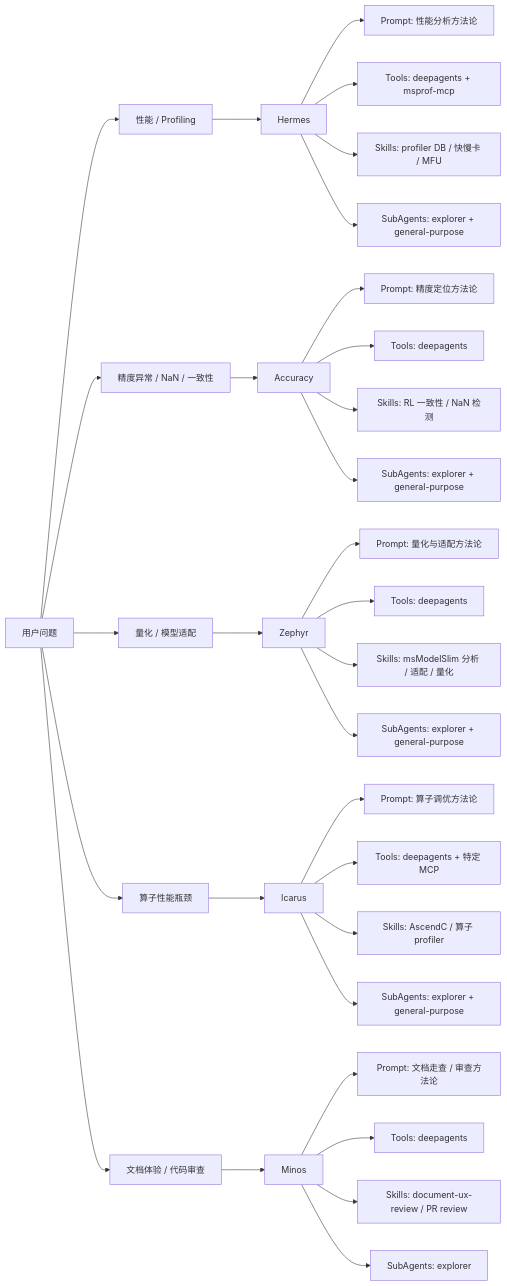
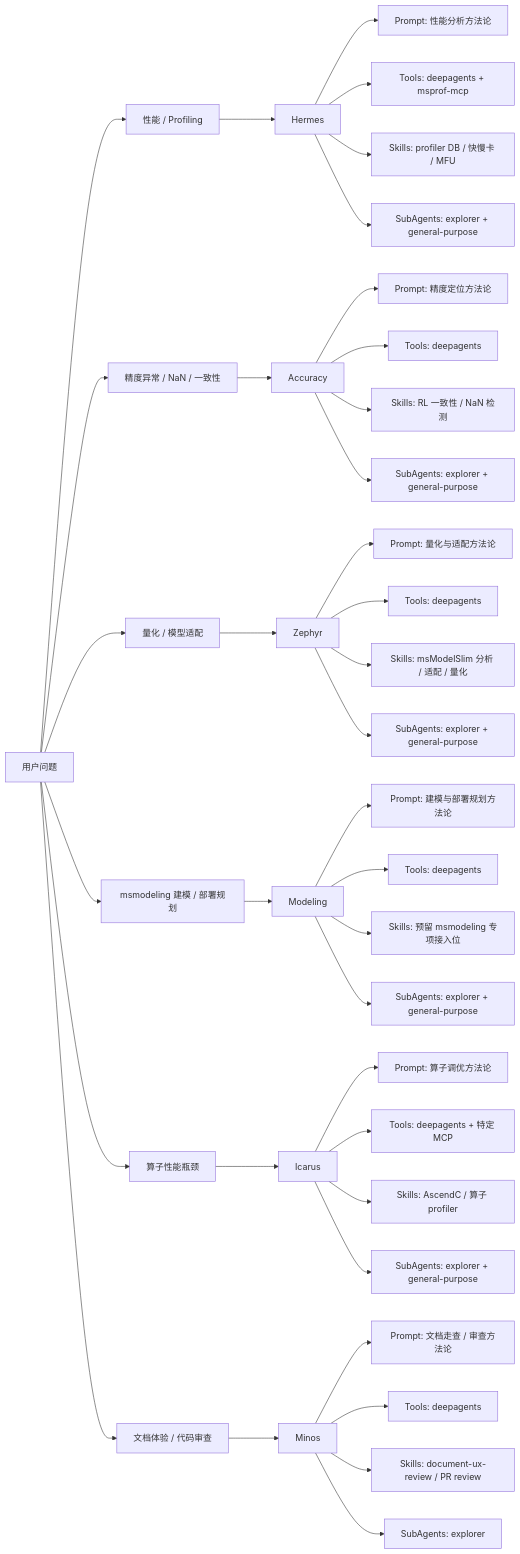
Before and after one commit to Krusty84/msagent: the third of 6 diagrams in docs/zh/design/msagent_design.md, drawn with Mermaid. The commit also changed other lines of this file and 9 other files, not shown here.

````diff
--- a/docs/zh/design/msagent_design.md
+++ b/docs/zh/design/msagent_design.md
@@ -220,39 +221,46 @@
 ```mermaid
 flowchart LR
     U["用户问题"] --> Q1["性能 / Profiling"]
     U --> Q2["精度异常 / NaN / 一致性"]
     U --> Q3["量化 / 模型适配"]
-    U --> Q4["算子性能瓶颈"]
-    U --> Q5["文档体验 / 代码审查"]
+    U --> Q4["msmodeling 建模 / 部署规划"]
+    U --> Q5["算子性能瓶颈"]
+    U --> Q6["文档体验 / 代码审查"]
 
     Q1 --> H["Hermes"]
     Q2 --> A["Accuracy"]
     Q3 --> Z["Zephyr"]
-    Q4 --> I["Icarus"]
-    Q5 --> M["Minos"]
+    Q4 --> O["Modeling"]
+    Q5 --> I["Icarus"]
+    Q6 --> M["Minos"]
 
     H --> H1["Prompt: 性能分析方法论"]
     H --> H2["Tools: deepagents + msprof-mcp"]
     H --> H3["Skills: profiler DB / 快慢卡 / MFU"]
     H --> H4["SubAgents: explorer + general-purpose"]
 
     A --> A1["Prompt: 精度定位方法论"]
     A --> A2["Tools: deepagents"]
     A --> A3["Skills: RL 一致性 / NaN 检测"]
     A --> A4["SubAgents: explorer + general-purpose"]
 
     Z --> Z1["Prompt: 量化与适配方法论"]
     Z --> Z2["Tools: deepagents"]
     Z --> Z3["Skills: msModelSlim 分析 / 适配 / 量化"]
     Z --> Z4["SubAgents: explorer + general-purpose"]
 
+    O --> O1["Prompt: 建模与部署规划方法论"]
+    O --> O2["Tools: deepagents"]
+    O --> O3["Skills: 预留 msmodeling 专项接入位"]
+    O --> O4["SubAgents: explorer + general-purpose"]
+
     I --> I1["Prompt: 算子调优方法论"]
     I --> I2["Tools: deepagents + 特定 MCP"]
     I --> I3["Skills: AscendC / 算子 profiler"]
     I --> I4["SubAgents: explorer + general-purpose"]
 
     M --> M1["Prompt: 文档走查 / 审查方法论"]
     M --> M2["Tools: deepagents"]
     M --> M3["Skills: document-ux-review / PR review"]
     M --> M4["SubAgents: explorer"]
 ```
````
